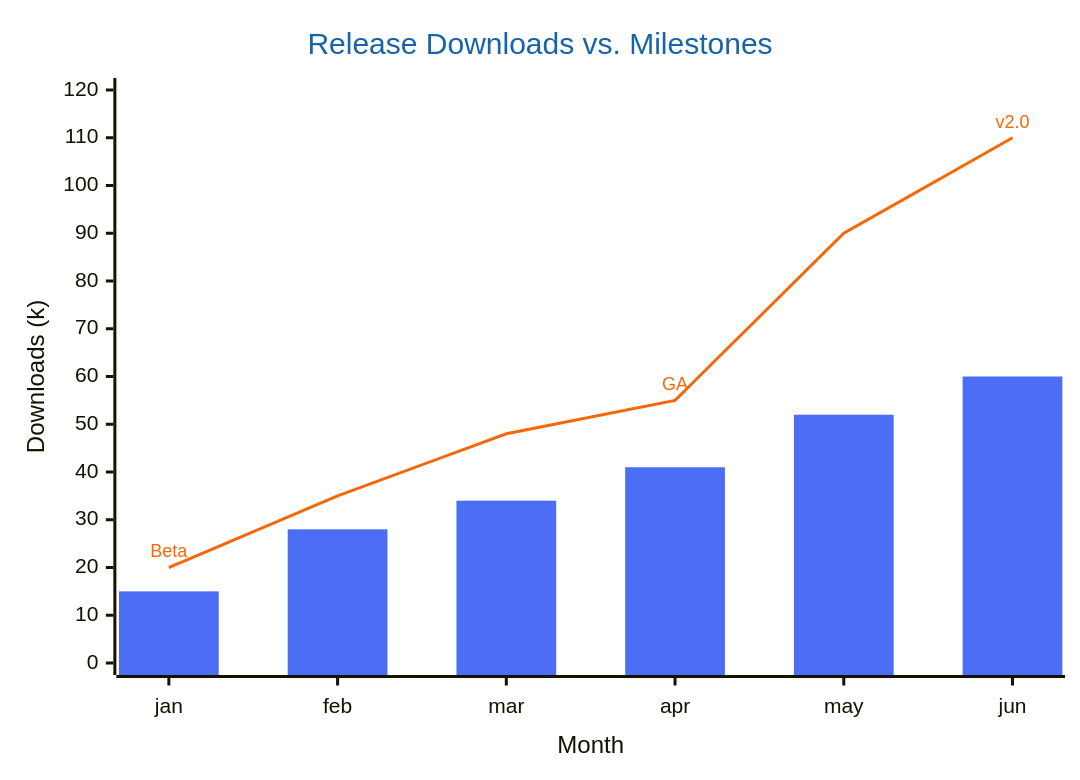
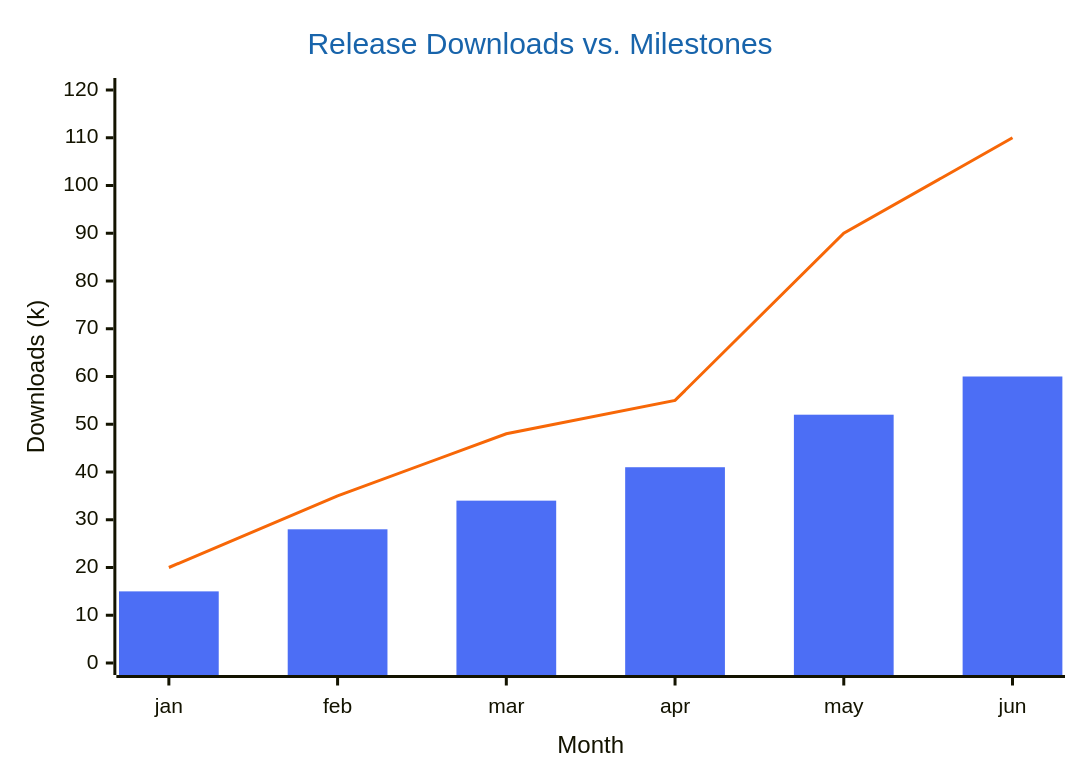
One commit to rheone/Booststraping-LLM-DEV-Container changed the second of 2 diagrams in skills/mermaid-diagram-generator/references/xy-chart.md. Above: the diagram before and after it, drawn with Mermaid. The commit also changed other lines of this file and 33 other files, not shown here.

First line of the commit message:
feat(mermaid-diagram-generator): release v1.0.0 with platform gates and ZenUML validation

````diff
--- a/skills/mermaid-diagram-generator/references/xy-chart.md
+++ b/skills/mermaid-diagram-generator/references/xy-chart.md
@@ -51,24 +56,24 @@
 ```mermaid
 ---
 config:
   xychart:
     width: 900
     height: 500
     showDataLabel: true
     showDataLabelOutsideBar: true
     xAxis:
       labelRotation: 0
     yAxis:
       showTick: true
   themeVariables:
     xyChart:
       plotColorPalette: '#4C6EF5, #F76707'
       titleColor: "#1864AB"
 ---
 xychart
     title "Release Downloads vs. Milestones"
     x-axis "Month" [jan, feb, mar, apr, may, jun]
     y-axis "Downloads (k)" 0 --> 120
     bar [15, 28, 34, 41, 52, 60]
-    line [20 "Beta", 35, 48, 55 "GA", 90, 110 "v2.0"]
+    line [20, 35, 48, 55, 90, 110]
 ```
````
